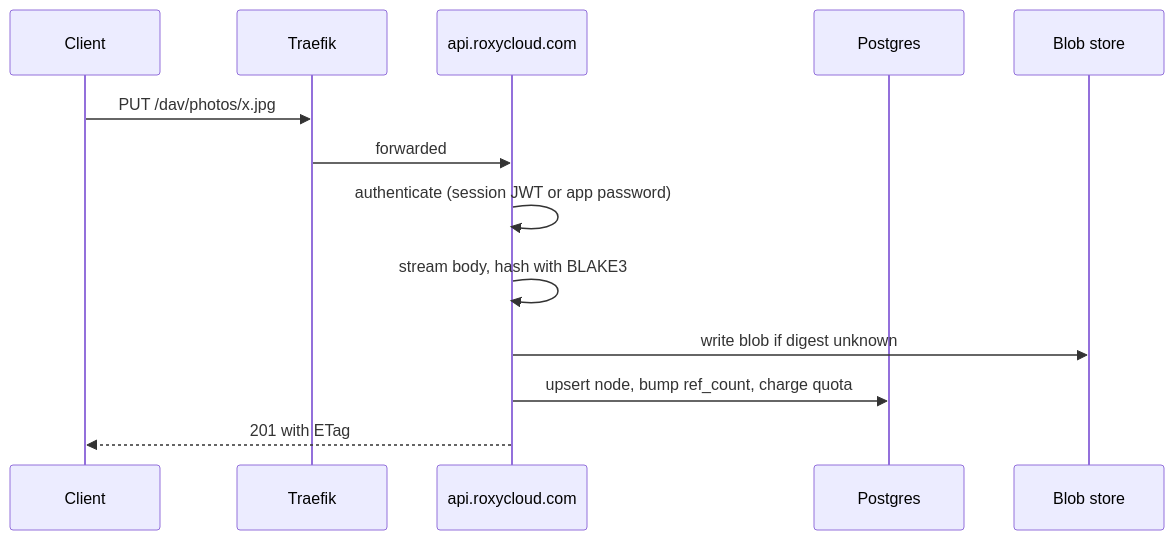
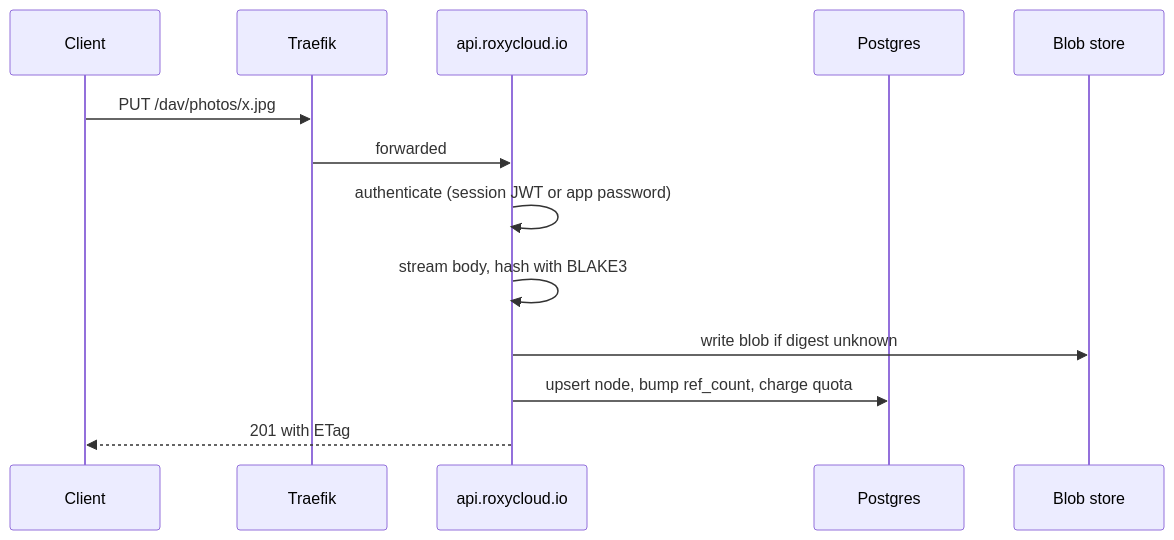
The second of 3 diagrams in ARCHITECTURE.md (FerrLabs/RoxyCloud), drawn with Mermaid before and after one commit. The commit also changed other lines of this file and 1 other file, not shown here.

Commit message:
docs: move the project's surfaces to roxycloud.io (#54)

````diff
--- a/ARCHITECTURE.md
+++ b/ARCHITECTURE.md
@@ -227,16 +231,16 @@
 ```mermaid
 sequenceDiagram
     participant C as Client
     participant T as Traefik
-    participant A as api.roxycloud.com
+    participant A as api.roxycloud.io
     participant P as Postgres
     participant B as Blob store
 
     C->>T: PUT /dav/photos/x.jpg
     T->>A: forwarded
     A->>A: authenticate (session JWT or app password)
     A->>A: stream body, hash with BLAKE3
     A->>B: write blob if digest unknown
     A->>P: upsert node, bump ref_count, charge quota
     A-->>C: 201 with ETag
 ```
````
